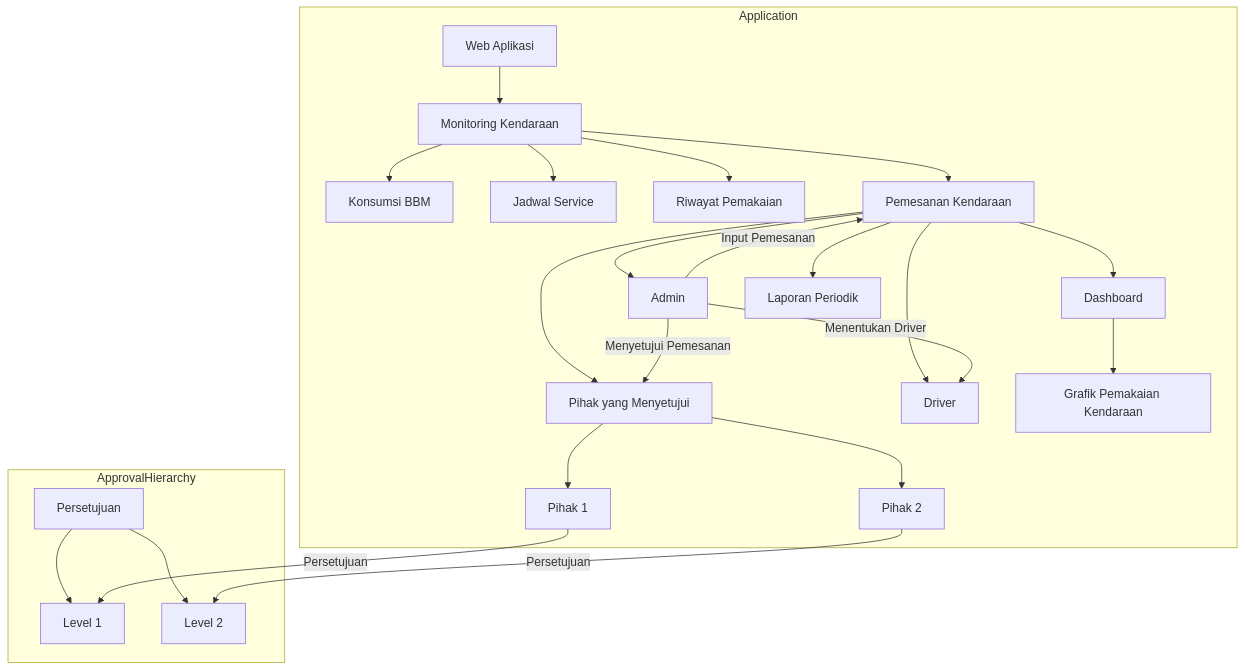
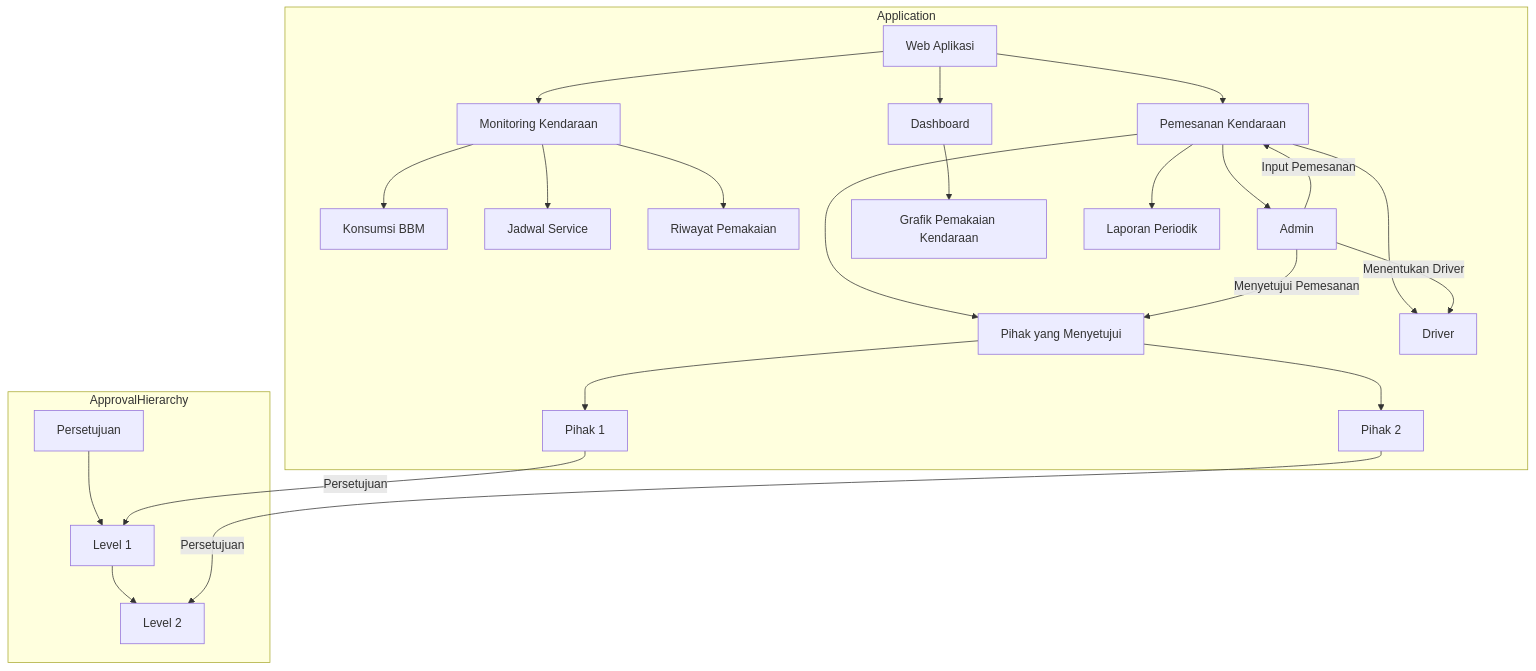
One commit to ervinanovlianti/sistem-monitoring-kendaraan changed the third of 3 diagrams in README.md. Above: the diagram before and after it, drawn with Mermaid. The commit also changed other lines of this file, not shown here.

````diff
--- a/README.md
+++ b/README.md
@@ -26,32 +26,31 @@
 ```mermaid
 graph TD;
     subgraph Application
     f14[Web Aplikasi]
     f14 --> f15[Monitoring Kendaraan]
     f15 --> f16[Konsumsi BBM]
     f15 --> f17[Jadwal Service]
     f15 --> f18[Riwayat Pemakaian]
-    f15 --> f19[Pemesanan Kendaraan]
+    f14 --> f19[Pemesanan Kendaraan]
     f19 --> f20[Admin]
     f19 --> f21[Pihak yang Menyetujui]
     f21 --> f22[Pihak 1]
     f21 --> f23[Pihak 2]
     f19 --> f24[Driver]
-    f19 --> f25[Dashboard]
+    f14 --> f25[Dashboard]
     f25 --> f26[Grafik Pemakaian Kendaraan]
     f19 --> f27[Laporan Periodik]
-    %% f27 --> f28[Export (Excel)]
   end
 
   subgraph ApprovalHierarchy
     f29[Persetujuan]
     f29 --> f30[Level 1]
-    f29 --> f31[Level 2]
+    f30 --> f31[Level 2]
   end
 
   f20 -->|Input Pemesanan| f19
   f20 -->|Menentukan Driver| f24
   f20 -->|Menyetujui Pemesanan| f21
   f22 -->|Persetujuan| f30
   f23 -->|Persetujuan| f31
 ```
````
